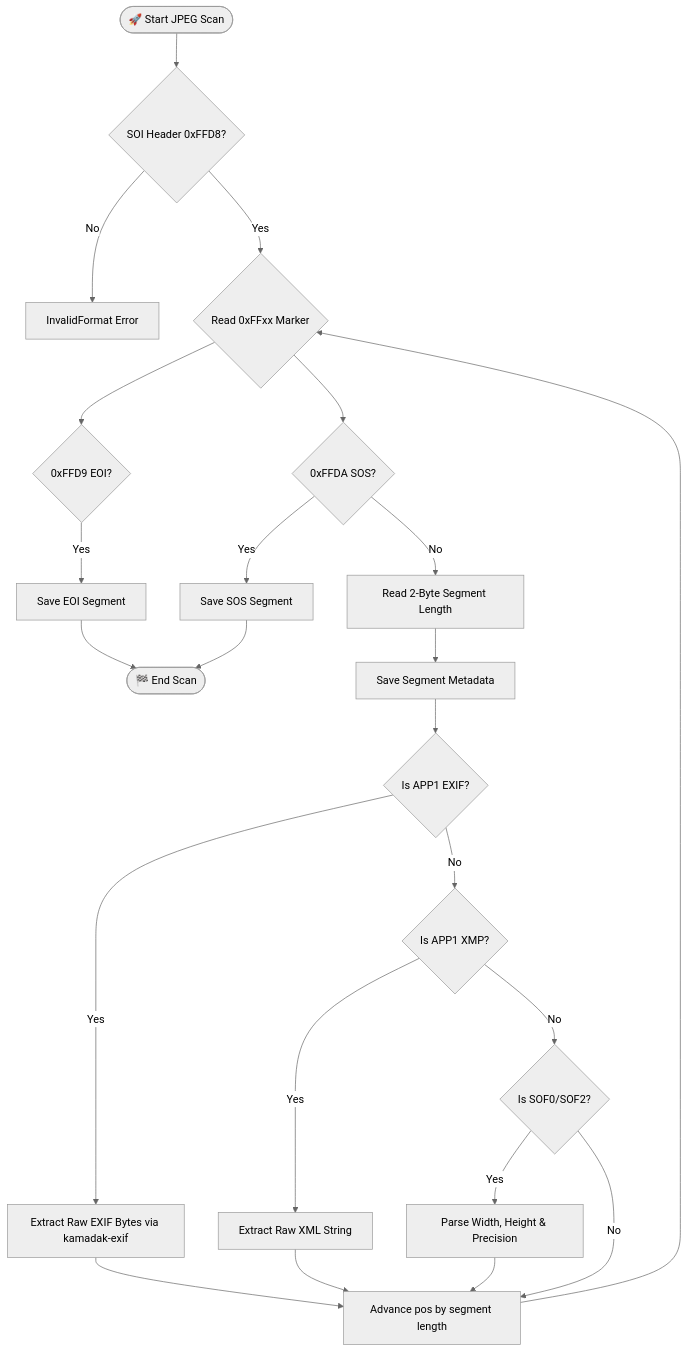
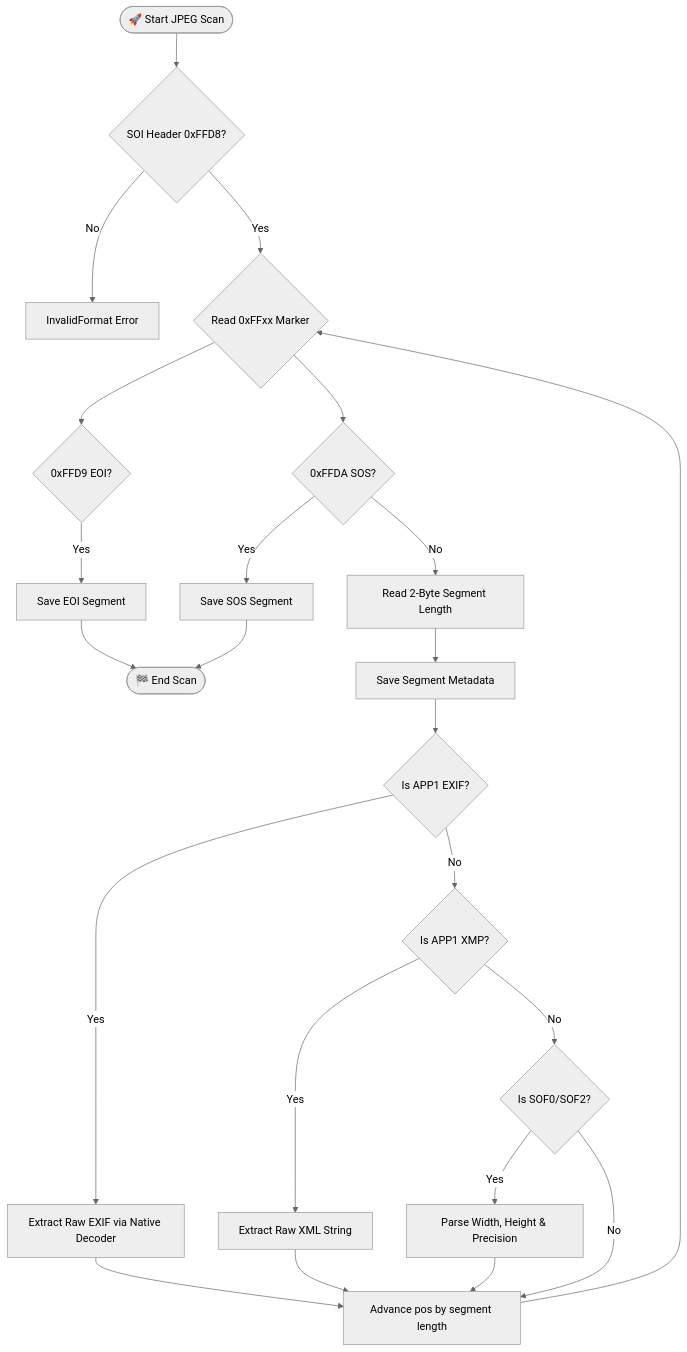
Before and after one commit to xuoxod/metaforge: the second of 2 diagrams in docs/ARCHITECTURE.md, drawn with Mermaid (neutral theme). The commit also changed other lines of this file and 5 other files, not shown here.

````diff
--- a/docs/ARCHITECTURE.md
+++ b/docs/ARCHITECTURE.md
@@ -99,30 +115,30 @@
 ```mermaid
 flowchart TD
     Start([🚀 Start JPEG Scan]) --> CheckSOI{"SOI Header 0xFFD8?"}
     CheckSOI -- No --> Err[InvalidFormat Error]
     CheckSOI -- Yes --> FindMarker{"Read 0xFFxx Marker"}
     
     FindMarker --> EOI{"0xFFD9 EOI?"}
     EOI -- Yes --> SaveSegment[Save EOI Segment] --> End([🏁 End Scan])
     
     FindMarker --> SOS{"0xFFDA SOS?"}
     SOS -- Yes --> SaveSOS[Save SOS Segment] --> End
     
     SOS -- No --> ReadLen[Read 2-Byte Segment Length]
     ReadLen --> SaveSeg[Save Segment Metadata]
     
     SaveSeg --> IsAPP1{"Is APP1 EXIF?"}
-    IsAPP1 -- Yes --> ExtractExif["Extract Raw EXIF Bytes via kamadak-exif"]
+    IsAPP1 -- Yes --> ExtractExif["Extract Raw EXIF via Native Decoder"]
     IsAPP1 -- No --> IsXMP{"Is APP1 XMP?"}
     
     IsXMP -- Yes --> ExtractXMP[Extract Raw XML String]
     IsXMP -- No --> IsSOF{"Is SOF0/SOF2?"}
     
     IsSOF -- Yes --> ParseDim[Parse Width, Height & Precision]
     IsSOF -- No --> Skip[Advance pos by segment length]
     
     ExtractExif --> Skip
     ExtractXMP --> Skip
     ParseDim --> Skip
     Skip --> FindMarker
 ```
````
